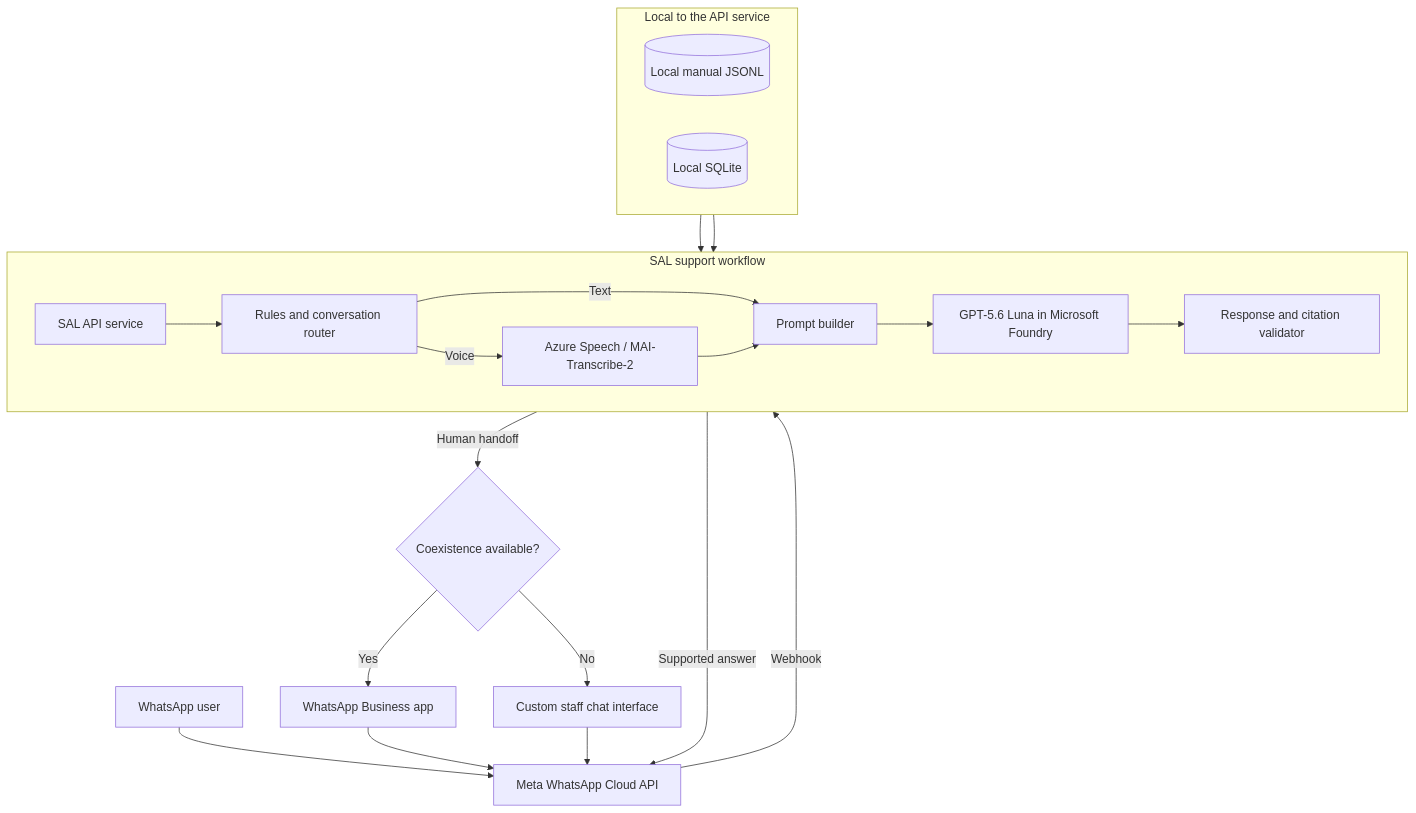
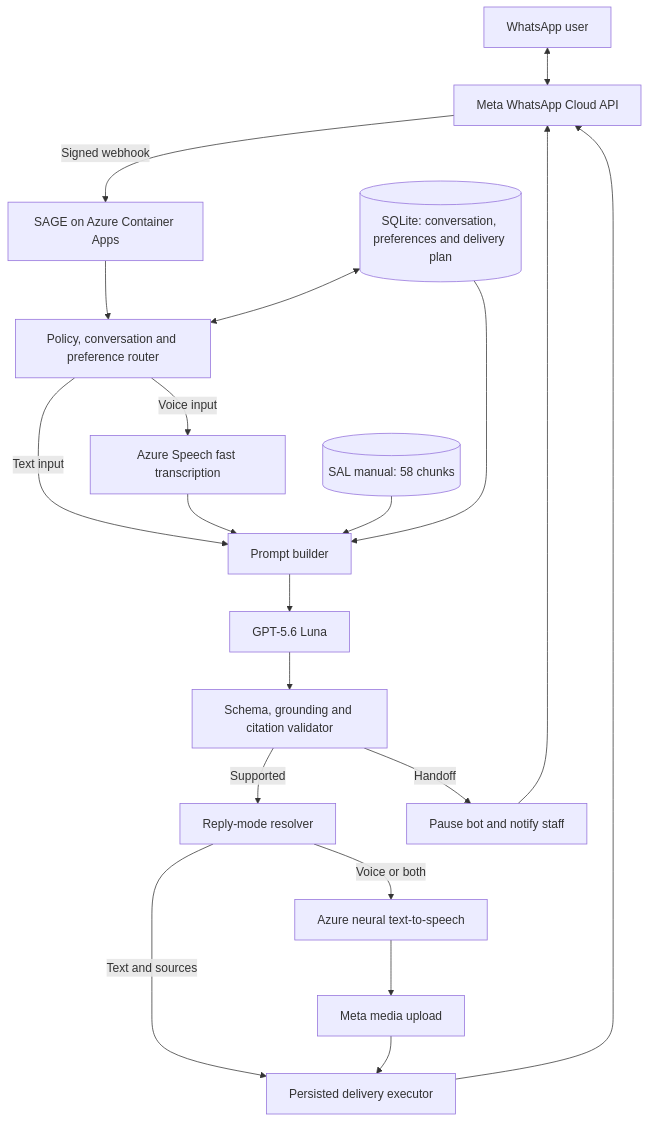
Before and after one commit to TheADHDTechie/SAGE: the first of 5 diagrams in SOLUTION-DESIGN.md, drawn with Mermaid. The commit also changed other lines of this file and 2 other files, not shown here.

````diff
--- a/SOLUTION-DESIGN.md
+++ b/SOLUTION-DESIGN.md
@@ -121,30 +153,22 @@
 ```mermaid
 flowchart TB
-    User[WhatsApp user] --> Meta[Meta WhatsApp Cloud API]
-    Meta -->|Webhook| API[SAL API service]
-
-    subgraph Core["SAL support workflow"]
-        direction LR
-        API --> Router[Rules and conversation router]
-        Router -->|Voice| Speech[Azure Speech / MAI-Transcribe-2]
-        Router -->|Text| Prompt[Prompt builder]
-        Speech --> Prompt
-        Prompt --> Luna[GPT-5.6 Luna in Microsoft Foundry]
-        Luna --> Validator[Response and citation validator]
-    end
-
-    subgraph Local["Local to the API service"]
-        direction LR
-        Manual[(Local manual JSONL)]
-        History[(Local SQLite)]
-    end
-
-    Manual --> Prompt
-    History --> Prompt
-    Validator -->|Supported answer| Meta
-    Validator -->|Human handoff| Handoff{Coexistence available?}
-    Handoff -->|Yes| WABA[WhatsApp Business app]
-    Handoff -->|No| Inbox[Custom staff chat interface]
-    WABA --> Meta
-    Inbox --> Meta
+    User[WhatsApp user] <--> Meta[Meta WhatsApp Cloud API]
+    Meta -->|Signed webhook| API[SAGE on Azure Container Apps]
+    API --> Router[Policy, conversation and preference router]
+    Router -->|Voice input| STT[Azure Speech fast transcription]
+    Router -->|Text input| Prompt[Prompt builder]
+    STT --> Prompt
+    Manual[(SAL manual: 58 chunks)] --> Prompt
+    SQLite[(SQLite: conversation, preferences and delivery plan)] <--> Router
+    SQLite --> Prompt
+    Prompt --> Luna[GPT-5.6 Luna]
+    Luna --> Validator[Schema, grounding and citation validator]
+    Validator -->|Supported| Format[Reply-mode resolver]
+    Format -->|Voice or both| TTS[Azure neural text-to-speech]
+    TTS --> Upload[Meta media upload]
+    Format -->|Text and sources| Delivery[Persisted delivery executor]
+    Upload --> Delivery
+    Delivery --> Meta
+    Validator -->|Handoff| Pause[Pause bot and notify staff]
+    Pause --> Meta
 ```
````
